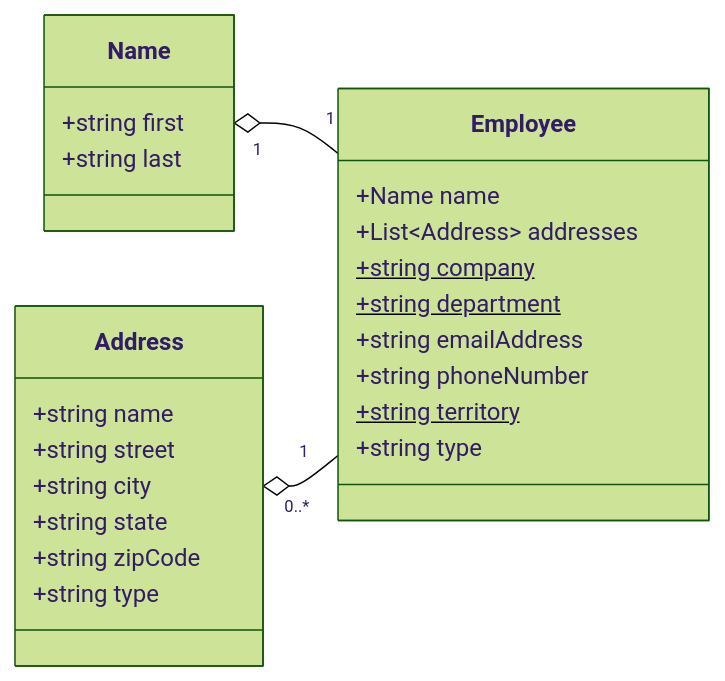
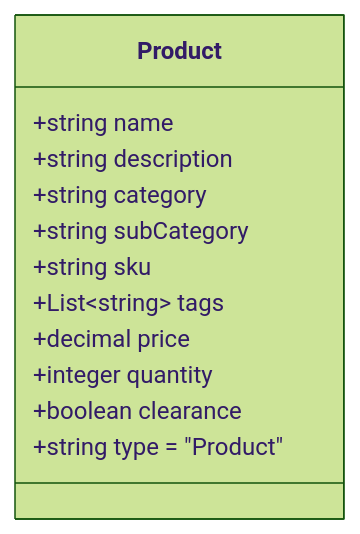
One commit to Azure-Samples/cosmicworks changed the first of 2 diagrams in src/models/readme.md. Above: the diagram before and after it, drawn with Mermaid (forest theme). The commit also changed 111 other files, not shown here.

````diff
--- a/src/models/readme.md
+++ b/src/models/readme.md
@@ -17,28 +17,16 @@
 ```mermaid
 classDiagram
     direction RL
-    Employee "1" --o "1" Name
-    Employee "1" --o "0..*" Address
-    class Employee {
-        +Name name
-        +List~Address~ addresses
-        +string company$
-        +string department$
-        +string emailAddress
-        +string phoneNumber
-        +string territory$
-        +string type
-    }
-    class Name {
-        +string first
-        +string last
-    }
-    class Address {
+    class Product {
         +string name
-        +string street
-        +string city
-        +string state
-        +string zipCode
-        +string type
+        +string description
+        +string category
+        +string subCategory
+        +string sku
+        +List~string~ tags
+        +decimal price
+        +integer quantity
+        +boolean clearance
+        +string type = "Product"
     }
 ```
````
